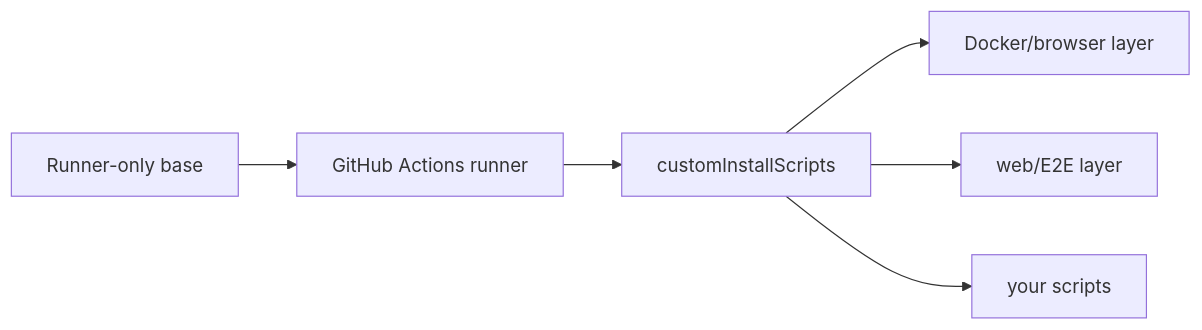
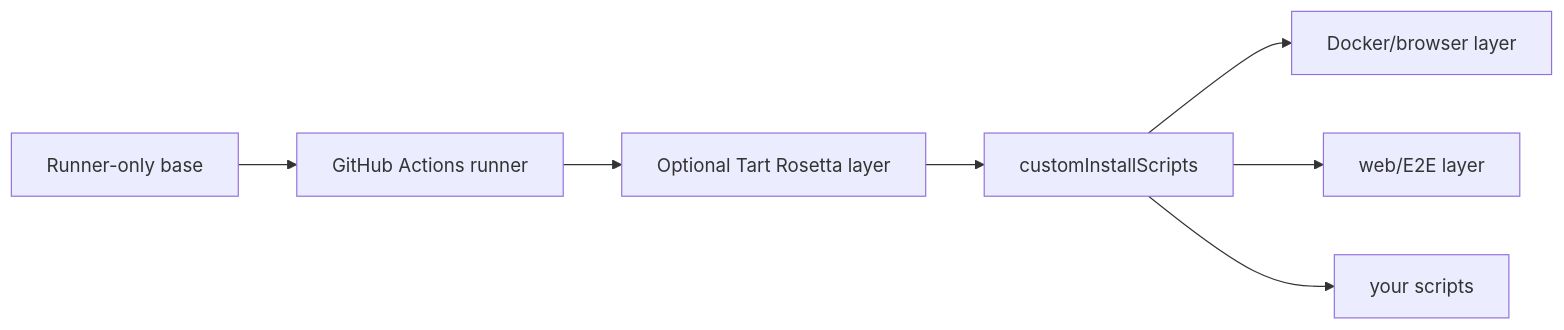
Before and after one commit to solutionforest/ephemeral-action-runner: the second of 2 diagrams in docs/image-build.md, drawn with Mermaid. The commit also changed other lines of this file and 19 other files, not shown here.

Commit message:
feat: support Tart Rosetta amd64 containers

````diff
--- a/docs/image-build.md
+++ b/docs/image-build.md
@@ -38,8 +40,9 @@
 ```mermaid
 flowchart LR
   Base["Runner-only base"] --> Runner["GitHub Actions runner"]
-  Runner --> Optional["customInstallScripts"]
+  Runner --> Rosetta["Optional Tart Rosetta layer"]
+  Rosetta --> Optional["customInstallScripts"]
   Optional --> Docker["Docker/browser layer"]
   Optional --> Web["web/E2E layer"]
   Optional --> Yours["your scripts"]
 ```
````
